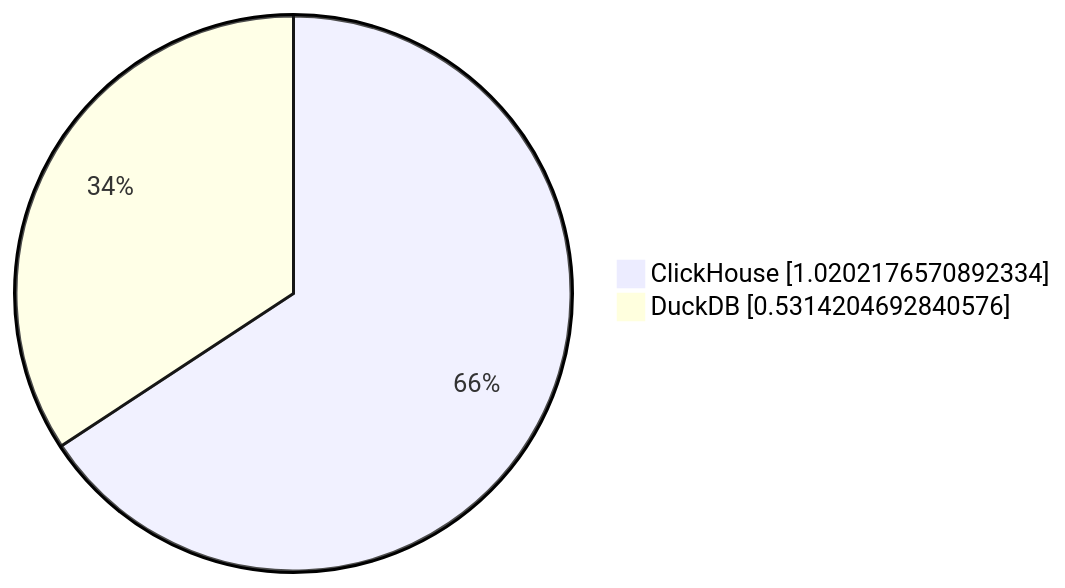
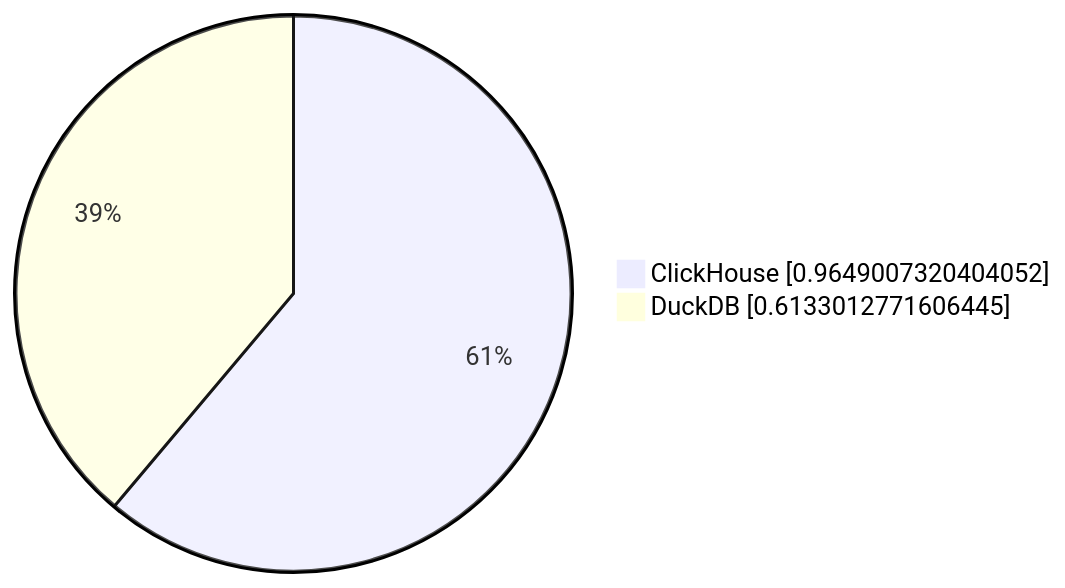
The fourth of 10 diagrams in parquet/performance/results/README.md (Altinity/clickhouse-regression), drawn with Mermaid before and after one commit. The commit also changed other lines of this file and 2 other files, not shown here.

````diff
--- a/parquet/performance/results/README.md
+++ b/parquet/performance/results/README.md
@@ -40,5 +40,5 @@
 ```mermaid
      pie showData
-         "ClickHouse" : 1.0202176570892334
-         "DuckDB" : 0.5314204692840576
+         "ClickHouse" : 0.9649007320404052
+         "DuckDB" : 0.6133012771606445
 ```
````
